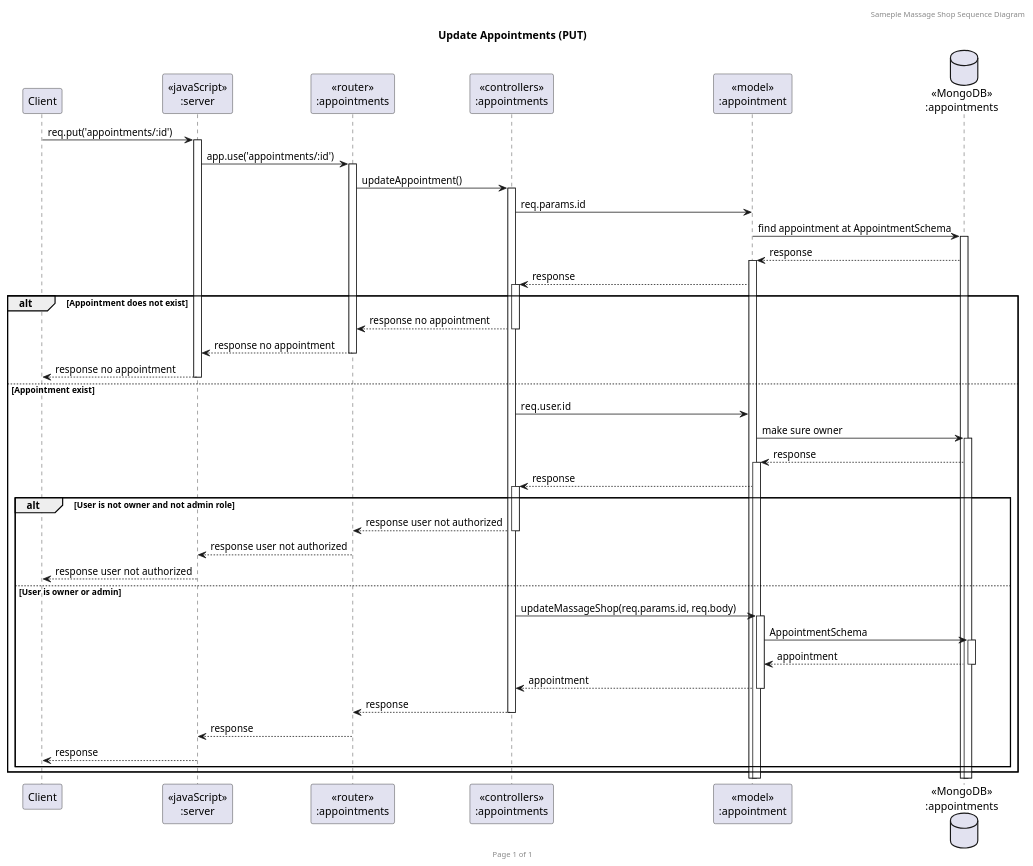
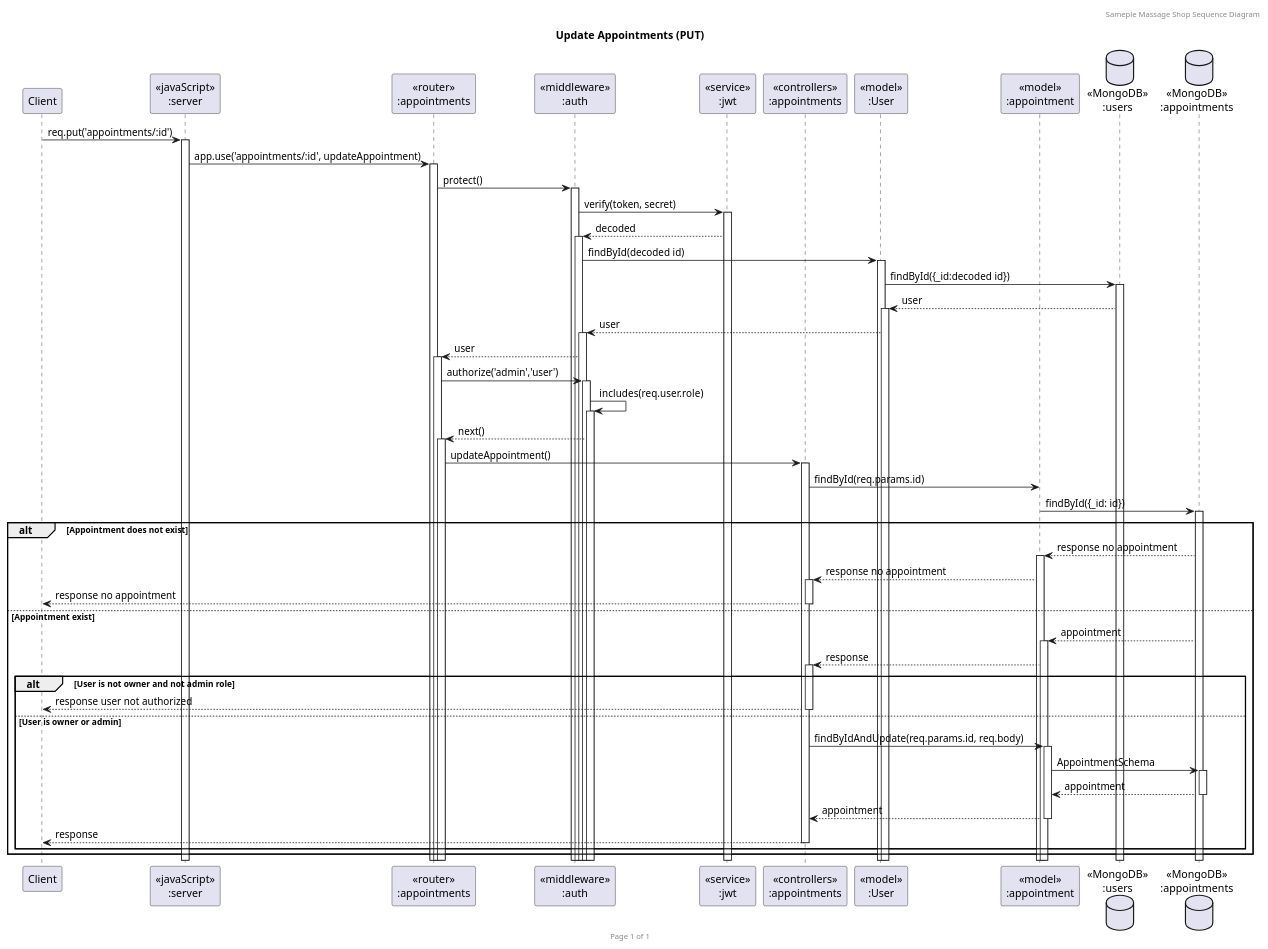
The diagram in sequence_diagram/MassageSequence_updateAppt.puml (BabeTanya/massage-catherine), drawn with PlantUML before and after one commit. The commit also changed 13 other files, not shown here.

Commit message:
Revise sequence diagram and import new collection postman

```diff
--- a/sequence_diagram/MassageSequence_updateAppt.puml
+++ b/sequence_diagram/MassageSequence_updateAppt.puml
@@ -1,45 +1,52 @@
 @startuml Update Appointments (PUT)
 
 header Sameple Massage Shop Sequence Diagram
 footer Page %page% of %lastpage%
 title "Update Appointments (PUT)"
 
 participant "Client" as client
 participant "<<javaScript>>\n:server" as server
 participant "<<router>>\n:appointments" as routerAppointments
+participant "<<middleware>>\n:auth" as middleware
+participant "<<service>>\n:jwt" as service
 participant "<<controllers>>\n:appointments" as controllersAppointments
+participant "<<model>>\n:User" as modelUser
 participant "<<model>>\n:appointment" as modelAppointment
+database "<<MongoDB>>\n:users" as UsersDatabase
 database "<<MongoDB>>\n:appointments" as AppointmentsDatabase
 
 client->server ++:req.put('appointments/:id')
-server->routerAppointments ++:app.use('appointments/:id')
+server->routerAppointments ++:app.use('appointments/:id', updateAppointment)
+routerAppointments -> middleware ++:protect()
+middleware -> service ++:verify(token, secret)
+middleware <-- service ++:decoded
+middleware -> modelUser ++:findById(decoded id)
+modelUser -> UsersDatabase ++:findById({_id:decoded id})
+modelUser <-- UsersDatabase ++:user
+middleware <-- modelUser ++:user
+routerAppointments <-- middleware ++:user
+routerAppointments -> middleware ++:authorize('admin','user')
+middleware -> middleware ++:includes(req.user.role)
+routerAppointments <-- middleware ++:next()
 routerAppointments -> controllersAppointments ++:updateAppointment()
-controllersAppointments->modelAppointment: req.params.id
-modelAppointment ->AppointmentsDatabase ++: find appointment at AppointmentSchema
-modelAppointment <-- AppointmentsDatabase ++: response
-controllersAppointments <-- modelAppointment ++: response
+controllersAppointments->modelAppointment: findById(req.params.id)
+modelAppointment ->AppointmentsDatabase ++: findById({_id: id})
   alt Appointment does not exist
-    routerAppointments <-- controllersAppointments --:response no appointment
-    server <-- routerAppointments --:response no appointment
-    client <-- server --:response no appointment
+    modelAppointment <-- AppointmentsDatabase ++: response no appointment
+    controllersAppointments <-- modelAppointment ++: response no appointment
+    client <-- controllersAppointments --:response no appointment
   else Appointment exist
-    controllersAppointments->modelAppointment: req.user.id
-    modelAppointment ->AppointmentsDatabase ++: make sure owner
-    modelAppointment <-- AppointmentsDatabase ++: response
+    modelAppointment <-- AppointmentsDatabase ++: appointment
     controllersAppointments <-- modelAppointment ++: response
     alt User is not owner and not admin role
-      routerAppointments <-- controllersAppointments --:response user not authorized
-      server <-- routerAppointments --:response user not authorized
-      client <-- server --:response user not authorized
+      client <-- controllersAppointments --:response user not authorized
     else User is owner or admin
-      controllersAppointments->modelAppointment ++:updateMassageShop(req.params.id, req.body)
+      controllersAppointments->modelAppointment ++:findByIdAndUpdate(req.params.id, req.body)
       modelAppointment ->AppointmentsDatabase ++: AppointmentSchema
       AppointmentsDatabase --> modelAppointment --: appointment
       controllersAppointments <-- modelAppointment --:appointment
-      routerAppointments <-- controllersAppointments --:response
-      server <-- routerAppointments --:response
-      client <-- server --:response
+      client <-- controllersAppointments --:response
     end
   end
 
 @enduml
```
